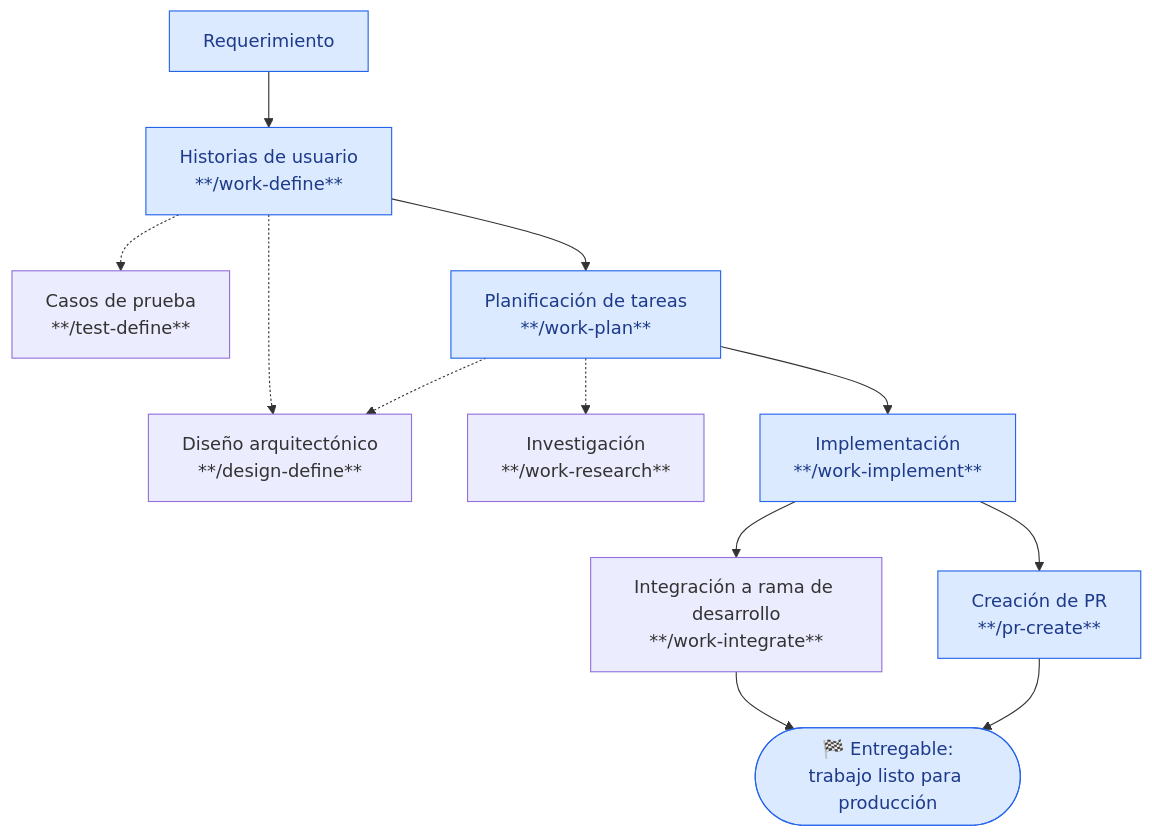
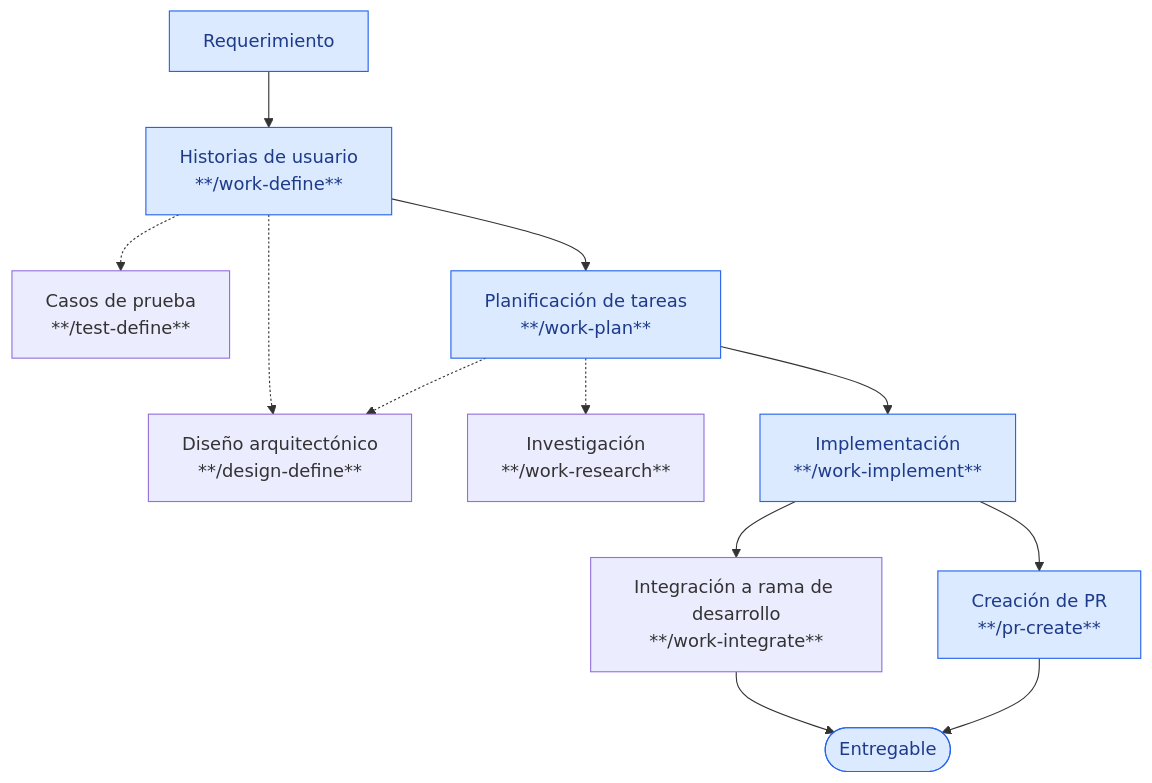
One commit to juanca202/ai changed the second of 2 diagrams in README.md. Above: the diagram before and after it, drawn with Mermaid. The commit also changed other lines of this file, not shown here.

Commit message:
docs: simplify terminology in README for clarity
Updated the README.md to remove emojis from deliverable labels, streamlining the language for better clarity and consistency throughout the documentation.

````diff
--- a/README.md
+++ b/README.md
@@ -94,17 +94,17 @@
 ```mermaid
 flowchart TD
     A[Requerimiento] --> B["Historias de usuario<br/>**/work-define**"]
     B -.-> C["Casos de prueba<br/>**/test-define**"]
     B -.-> D["Diseño arquitectónico<br/>**/design-define**"]
     B --> E["Planificación de tareas<br/>**/work-plan**"]
     E -.-> F["Investigación<br/>**/work-research**"]
     E -.-> D
     E --> G["Implementación<br/>**/work-implement**"]
     G --> H["Integración a rama de desarrollo<br/>**/work-integrate**"]
     G --> I["Creación de PR<br/>**/pr-create**"]
-    H --> J(["🏁 Entregable:<br/>trabajo listo para producción"])
+    H --> J(["Entregable"])
     I --> J
 
     classDef main fill:#dbeafe,stroke:#2563eb,color:#1e3a8a
     class A,B,E,G,I,J main
 ```
````
